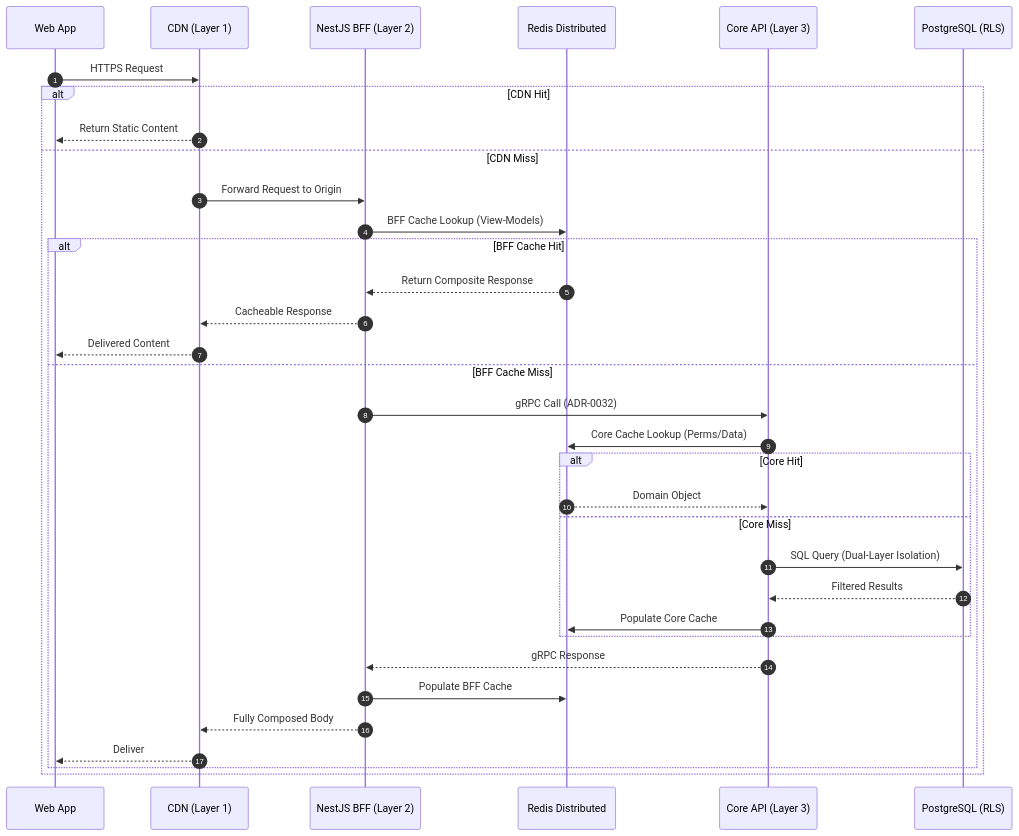
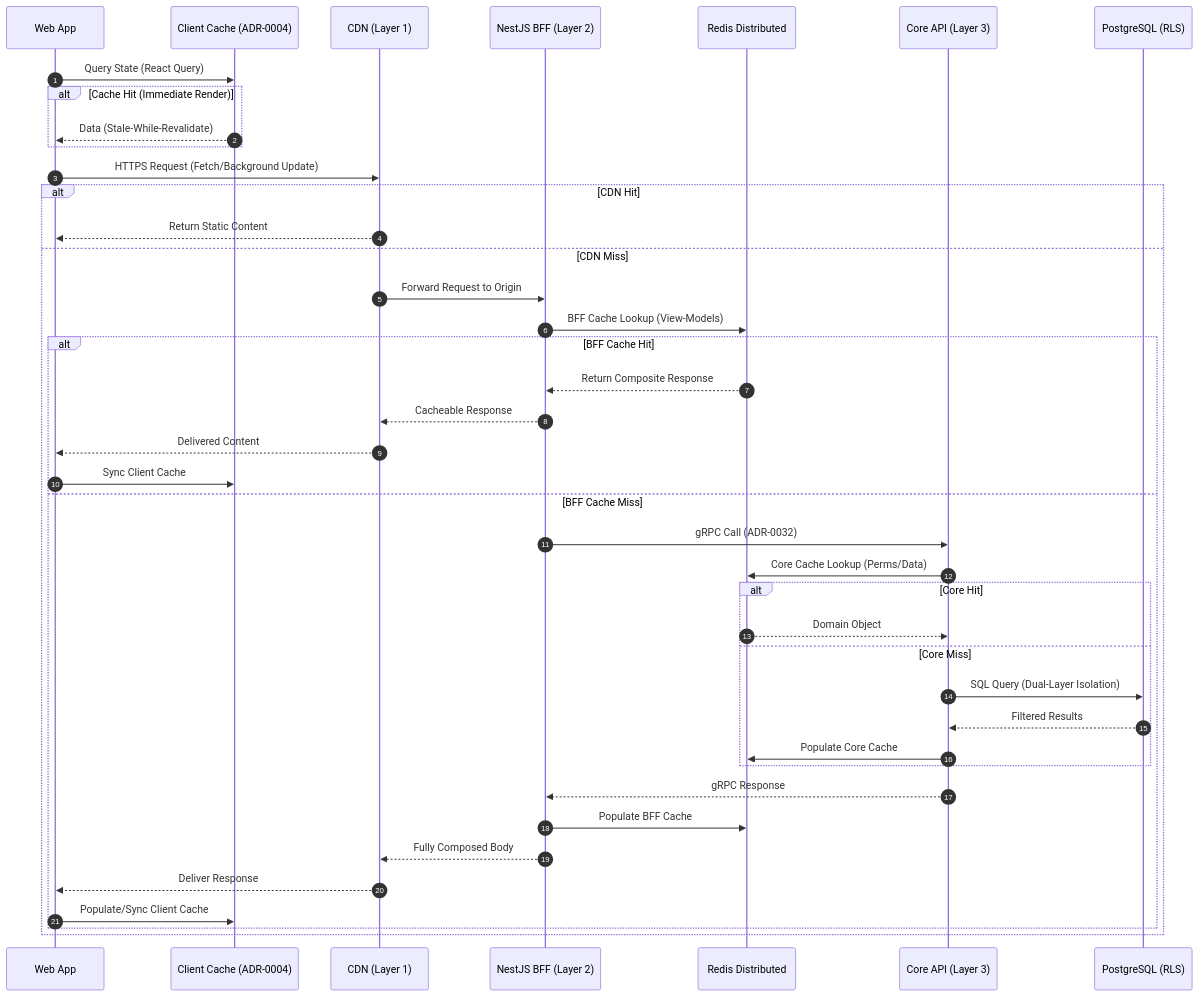
One commit to beyondnetcode/arc32_progresive_monolith changed the third of 6 diagrams in arc-nodejs-workspace/docs/02-architecture/reference-architecture-nodejs-arc42.md. Above: the diagram before and after it, drawn with Mermaid. The commit also changed other lines of this file and 1 other file, not shown here.

Commit message:
docs(arch): formalize 4-Tier caching strategy by propagating Client-Side Offline Storage nodes into master C4 views, sequence flow, and quality tables

````diff
--- a/arc-nodejs-workspace/docs/02-architecture/reference-architecture-nodejs-arc42.md
+++ b/arc-nodejs-workspace/docs/02-architecture/reference-architecture-nodejs-arc42.md
@@ -237,37 +237,44 @@
 ```mermaid
 sequenceDiagram
     autonumber
     participant C as Web App
+    participant CL as Client Cache (ADR-0004)
     participant CDN as CDN (Layer 1)
     participant B as NestJS BFF (Layer 2)
     participant R as Redis Distributed
     participant A as Core API (Layer 3)
     participant D as PostgreSQL (RLS)
 
-    C->>CDN: HTTPS Request
+    C->>CL: Query State (React Query)
+    alt Cache Hit (Immediate Render)
+        CL-->>C: Data (Stale-While-Revalidate)
+    end
+    C->>CDN: HTTPS Request (Fetch/Background Update)
     alt CDN Hit
         CDN-->>C: Return Static Content
     else CDN Miss
         CDN->>B: Forward Request to Origin
         B->>R: BFF Cache Lookup (View-Models)
         alt BFF Cache Hit
             R-->>B: Return Composite Response
             B-->>CDN: Cacheable Response
             CDN-->>C: Delivered Content
+            C->>CL: Sync Client Cache
         else BFF Cache Miss
             B->>A: gRPC Call (ADR-0032)
             A->>R: Core Cache Lookup (Perms/Data)
             alt Core Hit
                 R-->>A: Domain Object
             else Core Miss
                 A->>D: SQL Query (Dual-Layer Isolation)
                 D-->>A: Filtered Results
                 A->>R: Populate Core Cache
             end
             A-->>B: gRPC Response
             B->>R: Populate BFF Cache
             B-->>CDN: Fully Composed Body
-            CDN-->>C: Deliver
+            CDN-->>C: Deliver Response
+            C->>CL: Populate/Sync Client Cache
         end
     end
 ```
````
